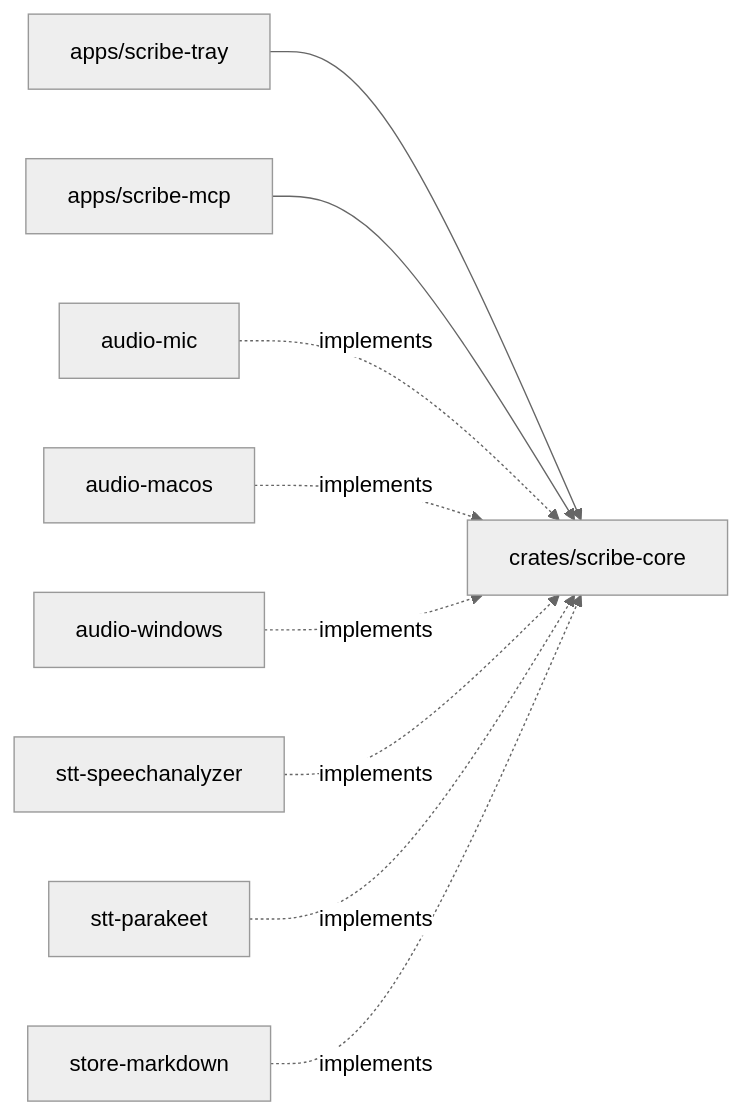
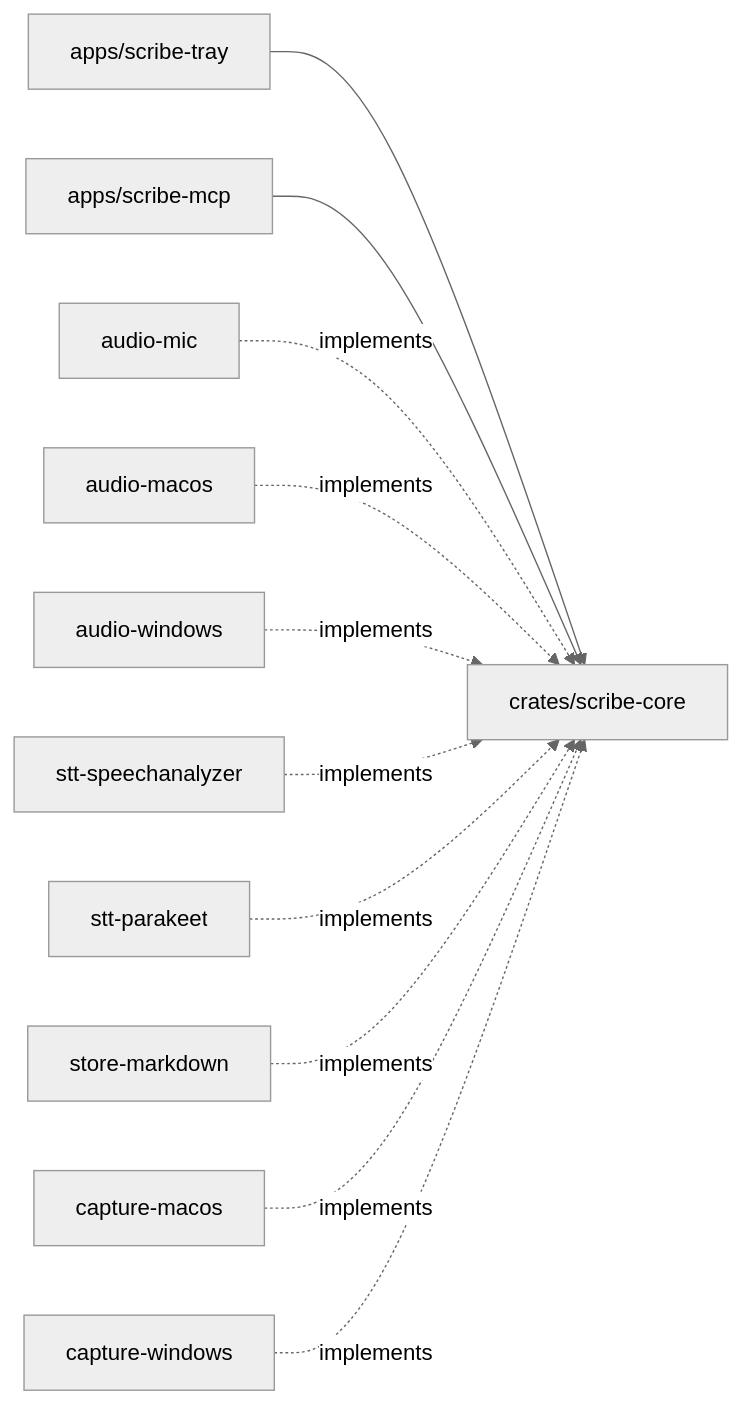
The diagram in docs/ARCHITECTURE.md (incubyte/scribe), drawn with Mermaid (neutral theme) before and after one commit. The commit also changed other lines of this file and 49 other files, not shown here.

````diff
--- a/docs/ARCHITECTURE.md
+++ b/docs/ARCHITECTURE.md
@@ -34,11 +34,13 @@
 ```mermaid
 graph LR
   Tray[apps/scribe-tray] --> Core[crates/scribe-core]
   MCP[apps/scribe-mcp] --> Core
   Mic[audio-mic] -.implements.-> Core
   Mac[audio-macos] -.implements.-> Core
   Win[audio-windows] -.implements.-> Core
   SA[stt-speechanalyzer] -.implements.-> Core
   PK[stt-parakeet] -.implements.-> Core
   MD[store-markdown] -.implements.-> Core
+  CapMac[capture-macos] -.implements.-> Core
+  CapWin[capture-windows] -.implements.-> Core
 ```
````
